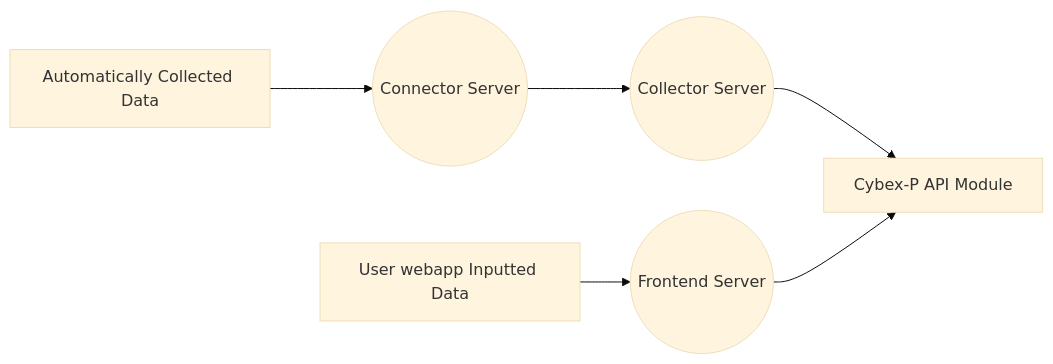
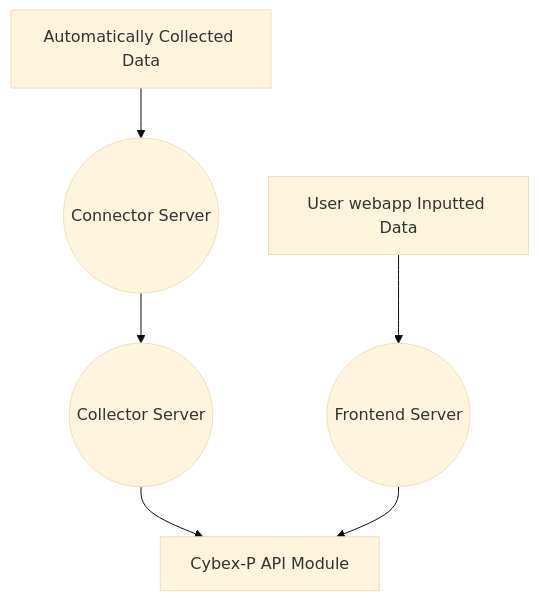
Before and after one commit to CYBEX-P/cybex: the first of 2 diagrams in Markdown and openAPI/Cybex-P Input Module.md, drawn with Mermaid (base theme). The commit also changed other lines of this file and 3 other files, not shown here.

````diff
--- a/Markdown and openAPI/Cybex-P Input Module.md
+++ b/Markdown and openAPI/Cybex-P Input Module.md
@@ -13,7 +13,7 @@
 ```mermaid
-graph LR
+graph TD
 A[Automatically Collected Data] --> E((Connector Server)) --> F((Collector Server)) --> D 
 B[User webapp Inputted Data] --> G((Frontend Server))
 G --> D[Cybex-P API Module]
 
 ```
````
